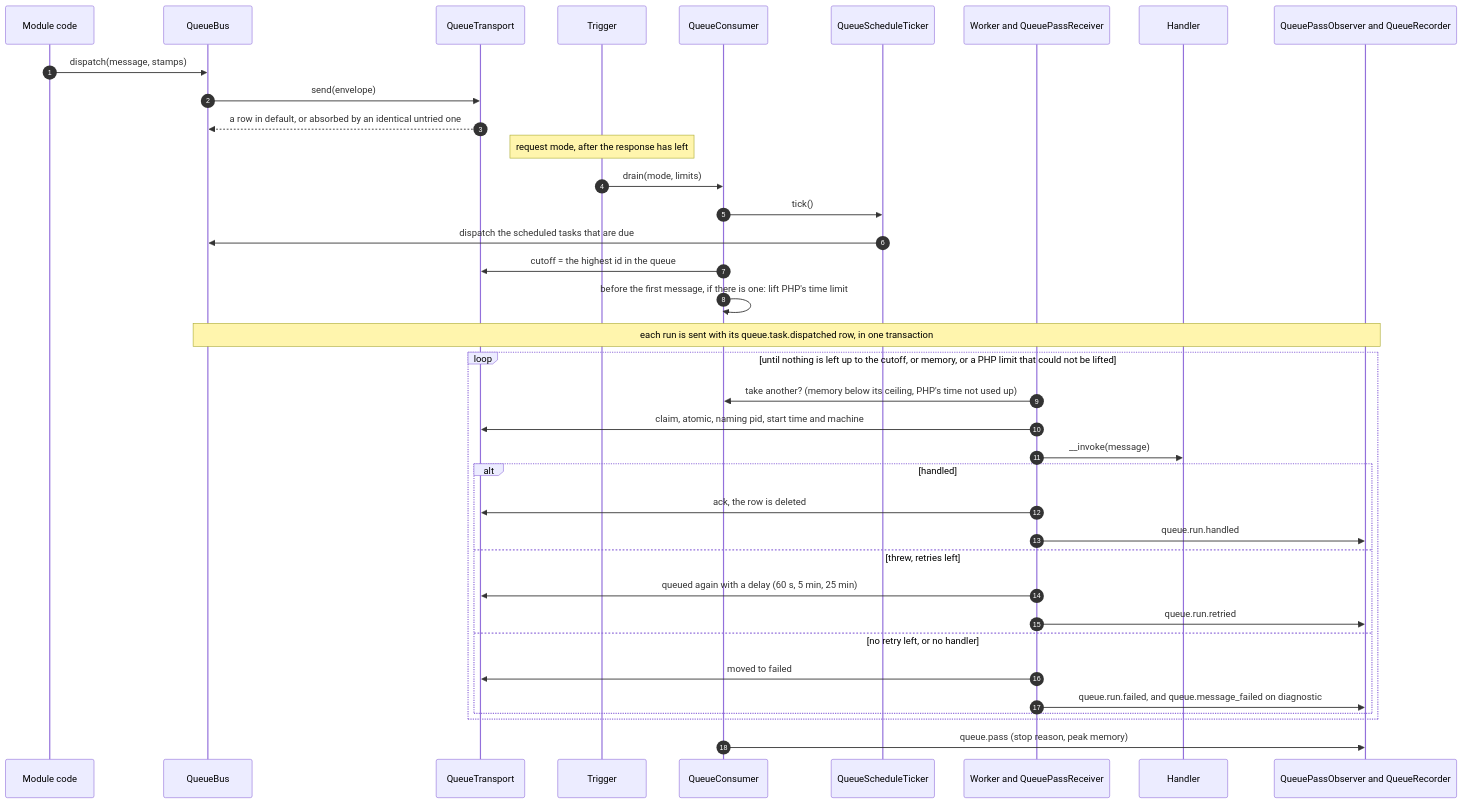
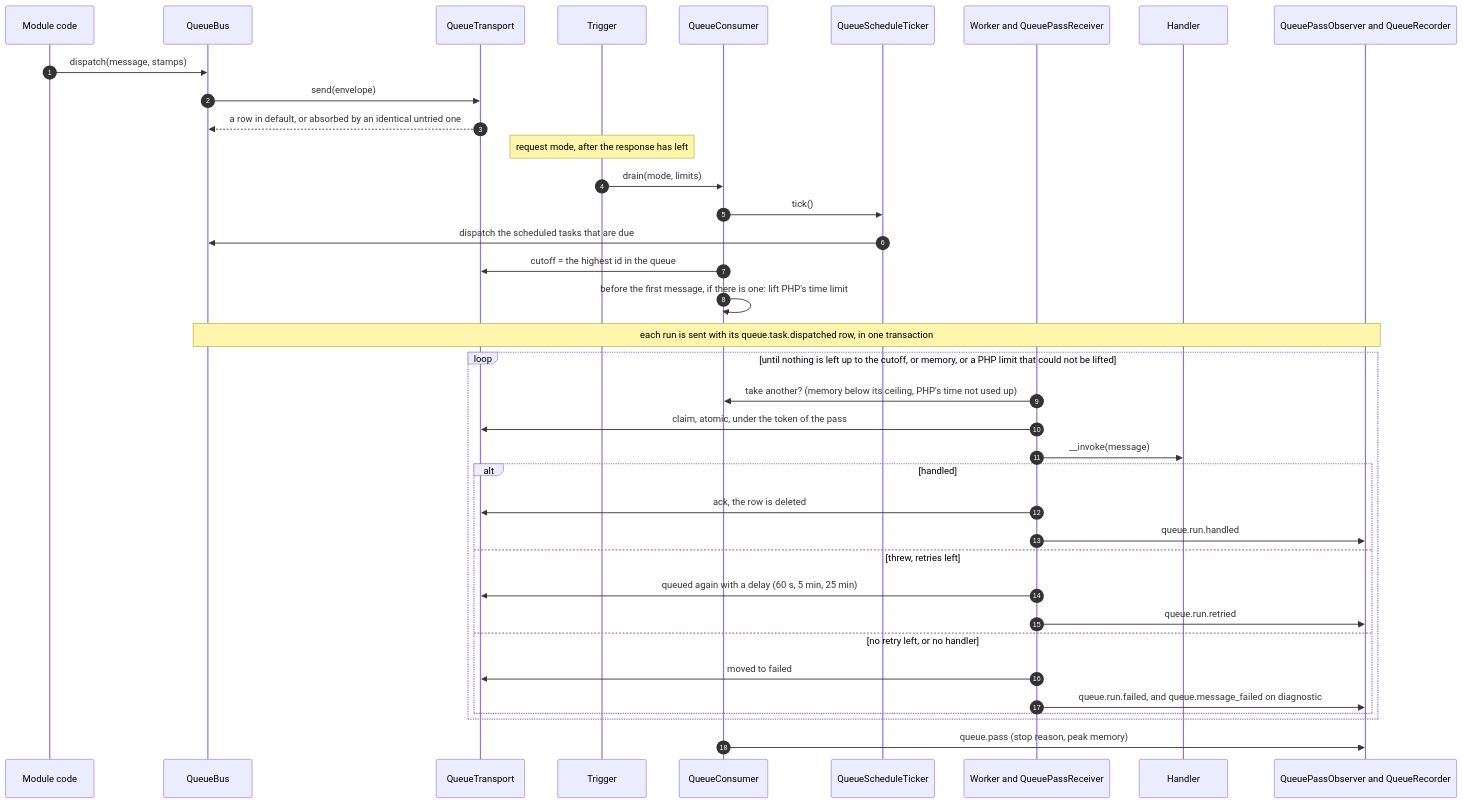
One commit to YesWiki/yeswiki changed the second of 4 diagrams in docs/adr/0030-background-work-goes-through-one-queue.md. Above: the diagram before and after it, drawn with Mermaid. The commit also changed other lines of this file and 4 other files, not shown here.

````diff
--- a/docs/adr/0030-background-work-goes-through-one-queue.md
+++ b/docs/adr/0030-background-work-goes-through-one-queue.md
@@ -97,39 +97,39 @@
 ```mermaid
 sequenceDiagram
   autonumber
   participant M as Module code
   participant B as QueueBus
   participant T as QueueTransport
   participant R as Trigger
   participant C as QueueConsumer
   participant S as QueueScheduleTicker
   participant W as Worker and QueuePassReceiver
   participant H as Handler
   participant O as QueuePassObserver and QueueRecorder
   M->>B: dispatch(message, stamps)
   B->>T: send(envelope)
   T-->>B: a row in default, or absorbed by an identical untried one
   Note over R: request mode, after the response has left
   R->>C: drain(mode, limits)
   C->>S: tick()
   S->>B: dispatch the scheduled tasks that are due
   C->>T: cutoff = the highest id in the queue
   C->>C: before the first message, if there is one: lift PHP's time limit
   Note over B,O: each run is sent with its queue.task.dispatched row, in one transaction
   loop until nothing is left up to the cutoff, or memory, or a PHP limit that could not be lifted
     W->>C: take another? (memory below its ceiling, PHP's time not used up)
-    W->>T: claim, atomic, naming pid, start time and machine
+    W->>T: claim, atomic, under the token of the pass
     W->>H: __invoke(message)
     alt handled
       W->>T: ack, the row is deleted
       W->>O: queue.run.handled
     else threw, retries left
       W->>T: queued again with a delay (60 s, 5 min, 25 min)
       W->>O: queue.run.retried
     else no retry left, or no handler
       W->>T: moved to failed
       W->>O: queue.run.failed, and queue.message_failed on diagnostic
     end
   end
   C->>O: queue.pass (stop reason, peak memory)
 ```
````
